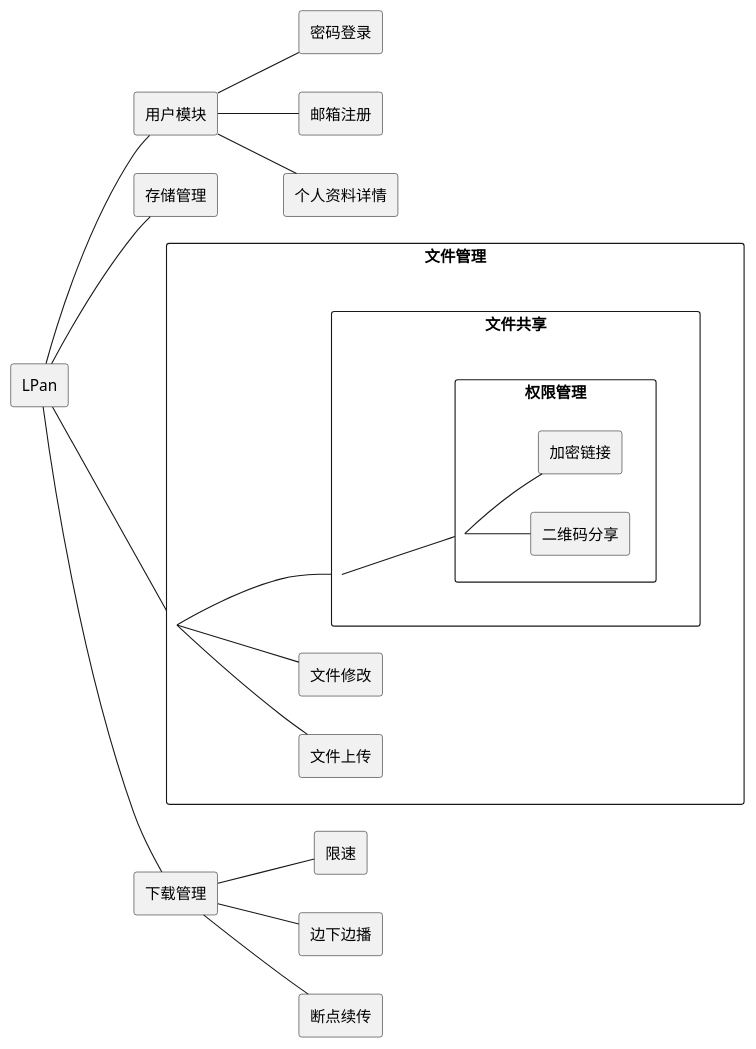
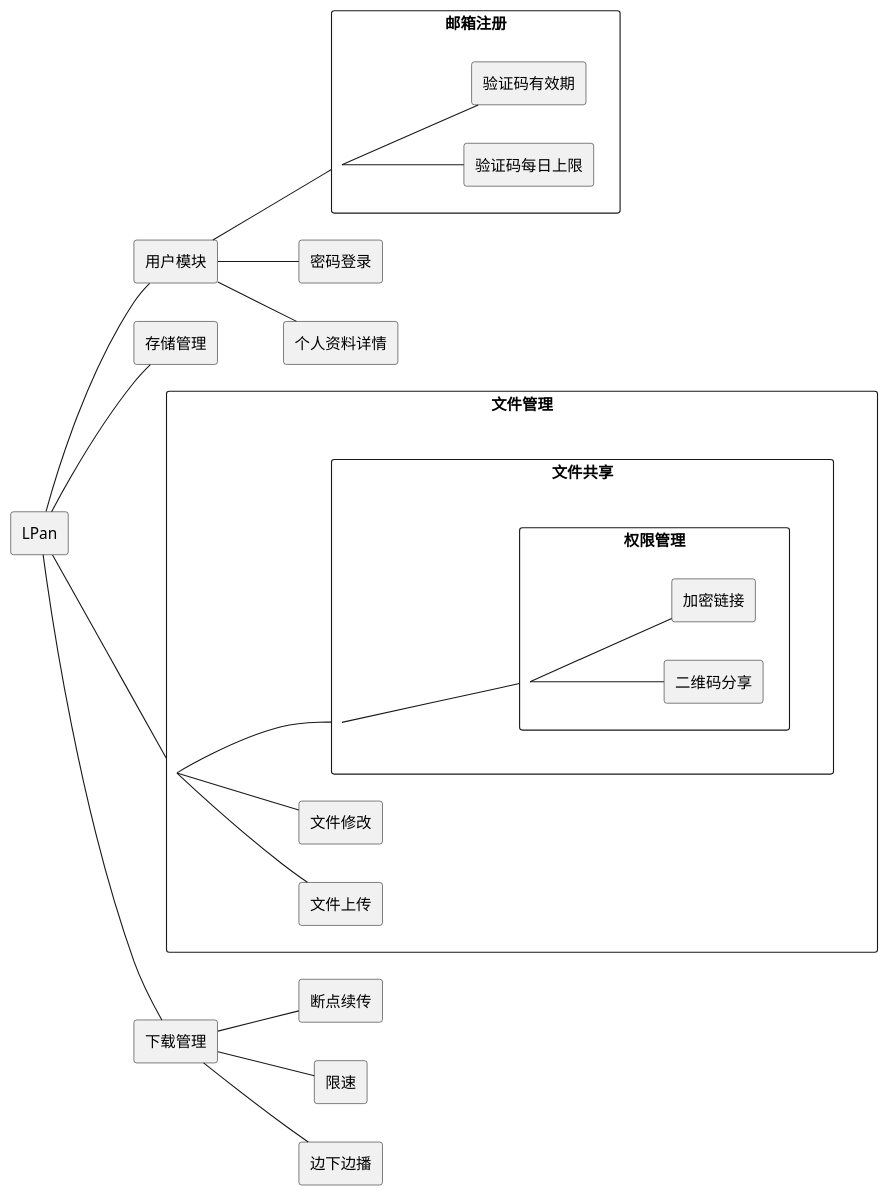
The diagram in MIND.puml (lluckyboi/LPan), drawn with PlantUML before and after one commit. The commit also changed 9 other files, not shown here.

```diff
--- a/MIND.puml
+++ b/MIND.puml
@@ -1,65 +1,72 @@
 @startuml
 left to right direction
 skinparam packageStyle rectangle
 
 rectangle  LPan
 
 
 rectangle 用户模块{
     LPan -- 用户模块
 }
 rectangle 密码登录{
     用户模块 -- 密码登录
 }
 rectangle 邮箱注册{
     用户模块 -- 邮箱注册
+    邮箱注册 -- 验证码有效期
+    邮箱注册 -- 验证码每日上限
 }
+rectangle 验证码有效期{
+}
+rectangle 验证码每日上限{
+}
+
 rectangle 个人资料详情{
     用户模块  -- 个人资料详情
 }
 
 
 rectangle 存储管理{
     LPan -- 存储管理
 }
 
 
 rectangle 文件管理{
     LPan -- 文件管理
 }
 rectangle 文件管理{
    文件管理--文件共享
    文件管理--文件修改
    文件管理--文件上传
 }
 rectangle 文件修改{
 }
 rectangle 文件上传{
  }
 rectangle 文件共享{
     文件共享 -- 权限管理
 }
 
 rectangle 权限管理 {
     权限管理--加密链接
     权限管理--二维码分享
 }
 rectangle 加密链接{
 }
 rectangle 二维码分享{
 }
 
 rectangle 下载管理{
     LPan--下载管理
 }
 rectangle 限速{
    下载管理--限速
 }
 rectangle 边下边播{
    下载管理--边下边播
 }
 rectangle 断点续传{
    下载管理--断点续传
 }
 
 @enduml
```
